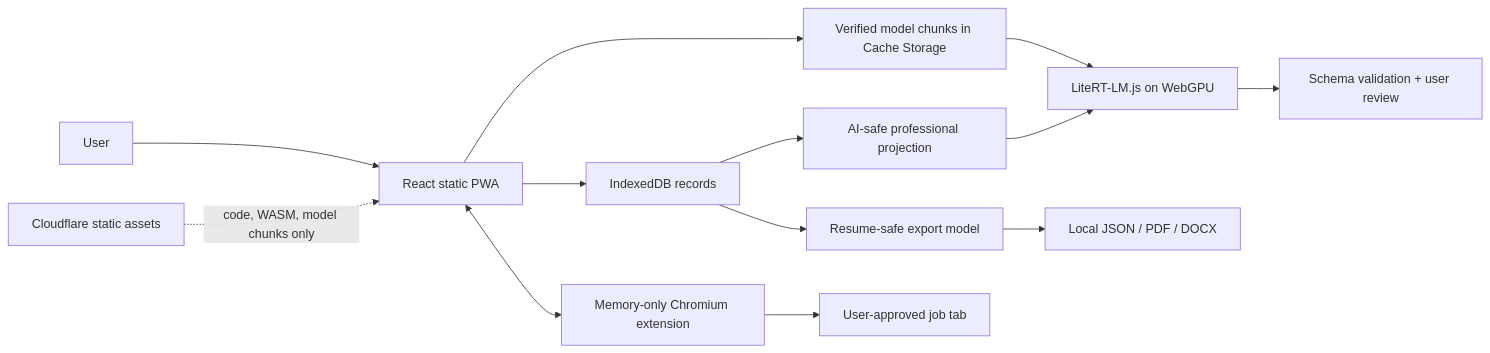
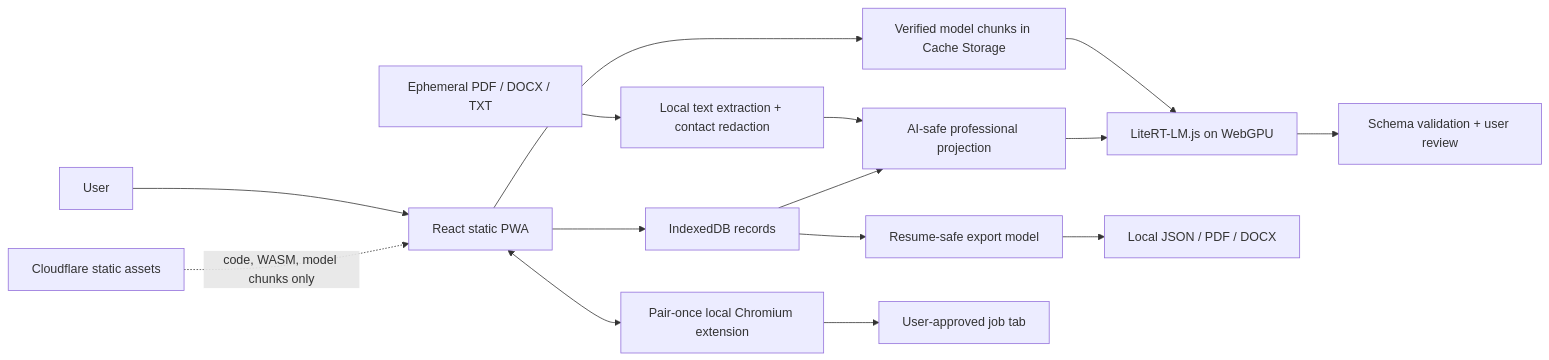
The diagram in README.md (tuckthomas/ApplyFill), drawn with Mermaid before and after one commit. The commit also changed other lines of this file and 64 other files, not shown here.

Commit message:
Refactor application architecture and update shared components

````diff
--- a/README.md
+++ b/README.md
@@ -57,15 +59,17 @@
 ```mermaid
 flowchart LR
     user["User"] --> app["React static PWA"]
     app --> idb["IndexedDB records"]
     app --> cache["Verified model chunks in Cache Storage"]
     cache --> litert["LiteRT-LM.js on WebGPU"]
-    idb --> safe["AI-safe professional projection"]
+    upload["Ephemeral PDF / DOCX / TXT"] --> redact["Local text extraction + contact redaction"]
+    redact --> safe["AI-safe professional projection"]
+    idb --> safe
     safe --> litert
     litert --> review["Schema validation + user review"]
     idb --> render["Resume-safe export model"]
     render --> files["Local JSON / PDF / DOCX"]
-    app <--> extension["Memory-only Chromium extension"]
+    app <--> extension["Pair-once local Chromium extension"]
     extension --> jobsite["User-approved job tab"]
     host["Cloudflare static assets"] -. "code, WASM, model chunks only" .-> app
 ```
````
